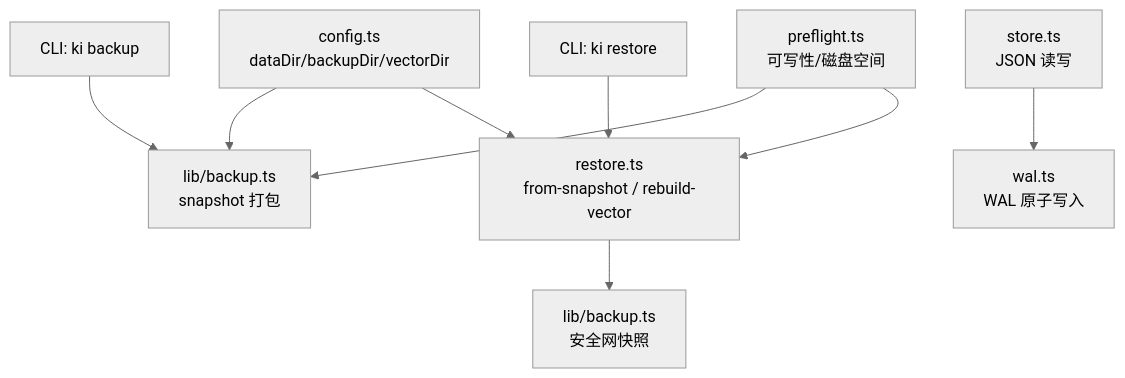
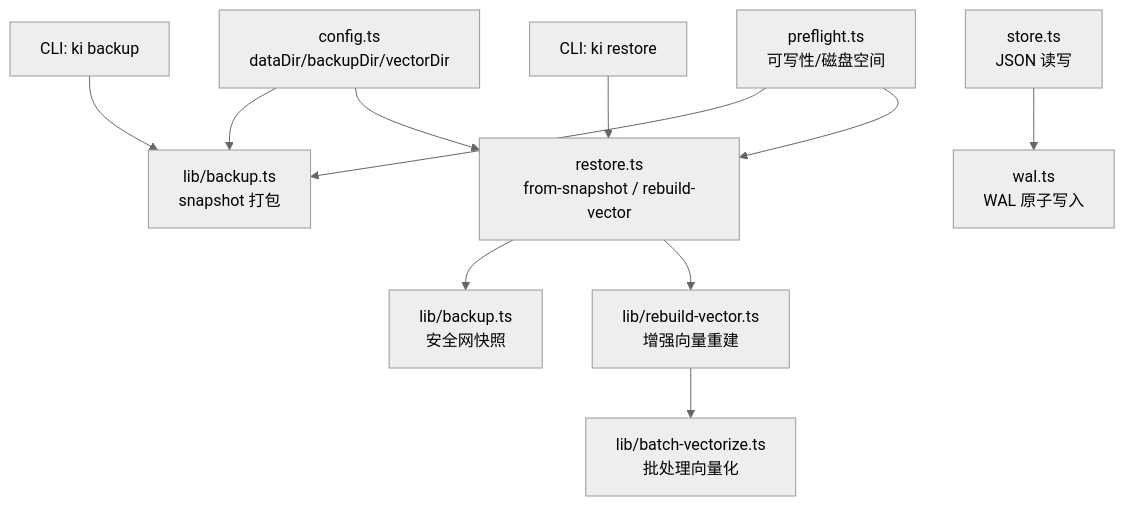
One commit to HACK-WU/kisearch changed the first of 8 diagrams in .qoder/repowiki/zh/content/知识库管理/备份恢复机制.md. Above: the diagram before and after it, drawn with Mermaid (neutral theme). The commit also changed other lines of this file and 129 other files, not shown here.

````diff
--- a/.qoder/repowiki/zh/content/知识库管理/备份恢复机制.md
+++ b/.qoder/repowiki/zh/content/知识库管理/备份恢复机制.md
@@ -40,11 +52,13 @@
 ```mermaid
 graph TB
 A["CLI: ki backup"] --> B["lib/backup.ts<br/>snapshot 打包"]
 C["CLI: ki restore"] --> D["restore.ts<br/>from-snapshot / rebuild-vector"]
 D --> E["lib/backup.ts<br/>安全网快照"]
-F["store.ts<br/>JSON 读写"] --> G["wal.ts<br/>WAL 原子写入"]
-H["config.ts<br/>dataDir/backupDir/vectorDir"] --> B
-H --> D
-I["preflight.ts<br/>可写性/磁盘空间"] --> B
-I --> D
+D --> F["lib/rebuild-vector.ts<br/>增强向量重建"]
+F --> G["lib/batch-vectorize.ts<br/>批处理向量化"]
+H["store.ts<br/>JSON 读写"] --> I["wal.ts<br/>WAL 原子写入"]
+J["config.ts<br/>dataDir/backupDir/vectorDir"] --> B
+J --> D
+K["preflight.ts<br/>可写性/磁盘空间"] --> B
+K --> D
 ```
````
